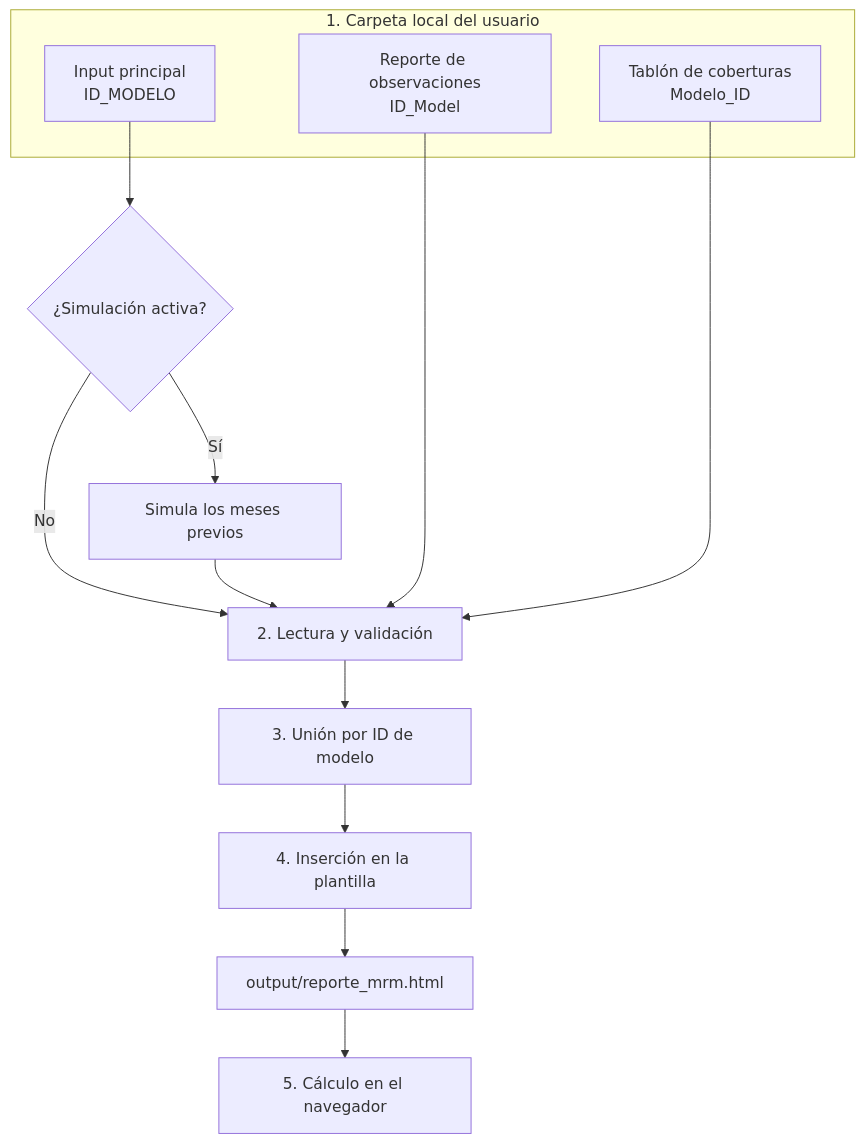
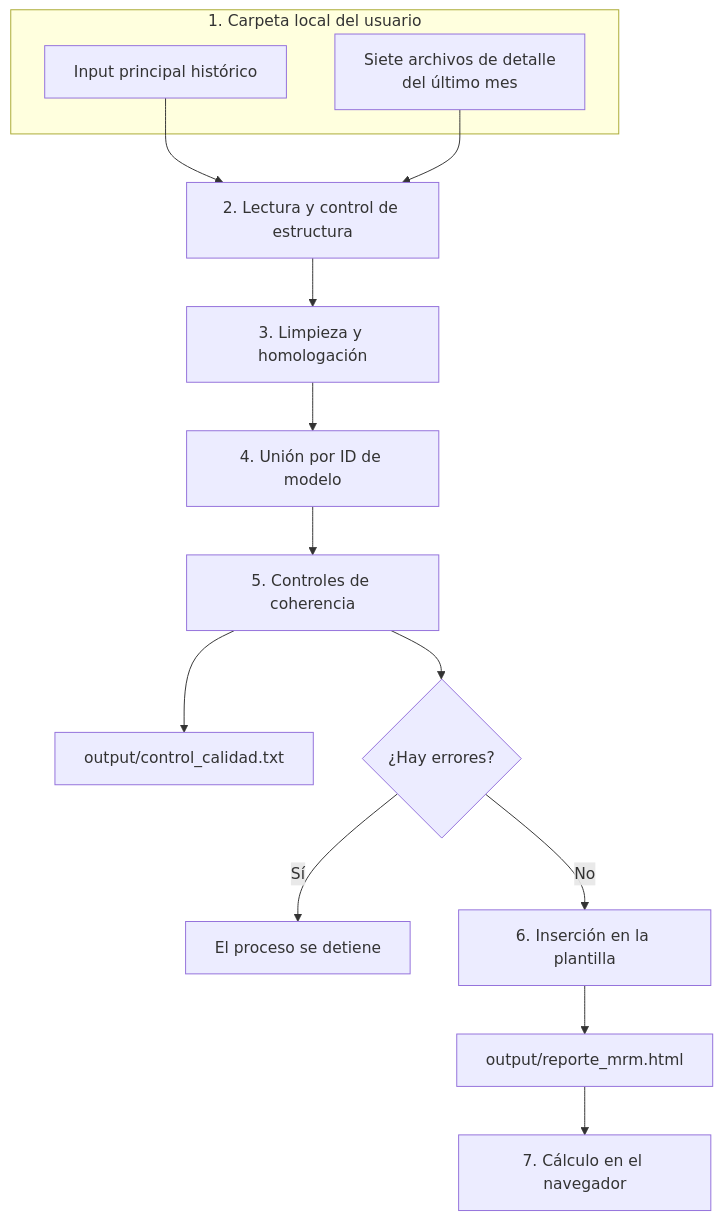
One commit to DanteBarreto/Score-MRM-2.0 changed the diagram in docs/proceso.md. Above: the diagram before and after it, drawn with Mermaid. The commit also changed other lines of this file and 18 other files, not shown here.

First line of the commit message:
Agregar versión 2 del MVP: ocho archivos y controles de calidad

````diff
--- a/docs/proceso.md
+++ b/docs/proceso.md
@@ -7,18 +7,18 @@
 ```mermaid
 flowchart TD
     subgraph E[1. Carpeta local del usuario]
-      A[Input principal<br>ID_MODELO]
-      B[Reporte de observaciones<br>ID_Model]
-      C[Tablón de coberturas<br>Modelo_ID]
+      A[Input principal histórico]
+      D[Siete archivos de detalle<br>del último mes]
     end
-    A --> S{¿Simulación activa?}
-    S -- Sí --> H[Simula los meses previos]
-    S -- No --> L
-    H --> L[2. Lectura y validación]
-    B --> L
-    C --> L
-    L --> U[3. Unión por ID de modelo]
-    U --> P[4. Inserción en la plantilla]
+    A --> L[2. Lectura y control de estructura]
+    D --> L
+    L --> H[3. Limpieza y homologación]
+    H --> U[4. Unión por ID de modelo]
+    U --> C[5. Controles de coherencia]
+    C --> Q[output/control_calidad.txt]
+    C --> X{¿Hay errores?}
+    X -- Sí --> S[El proceso se detiene]
+    X -- No --> P[6. Inserción en la plantilla]
     P --> R[output/reporte_mrm.html]
-    R --> N[5. Cálculo en el navegador]
+    R --> N[7. Cálculo en el navegador]
 ```
````
